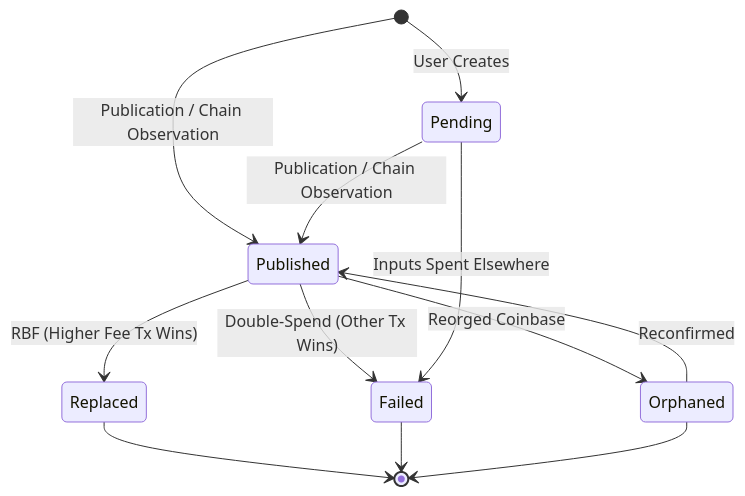
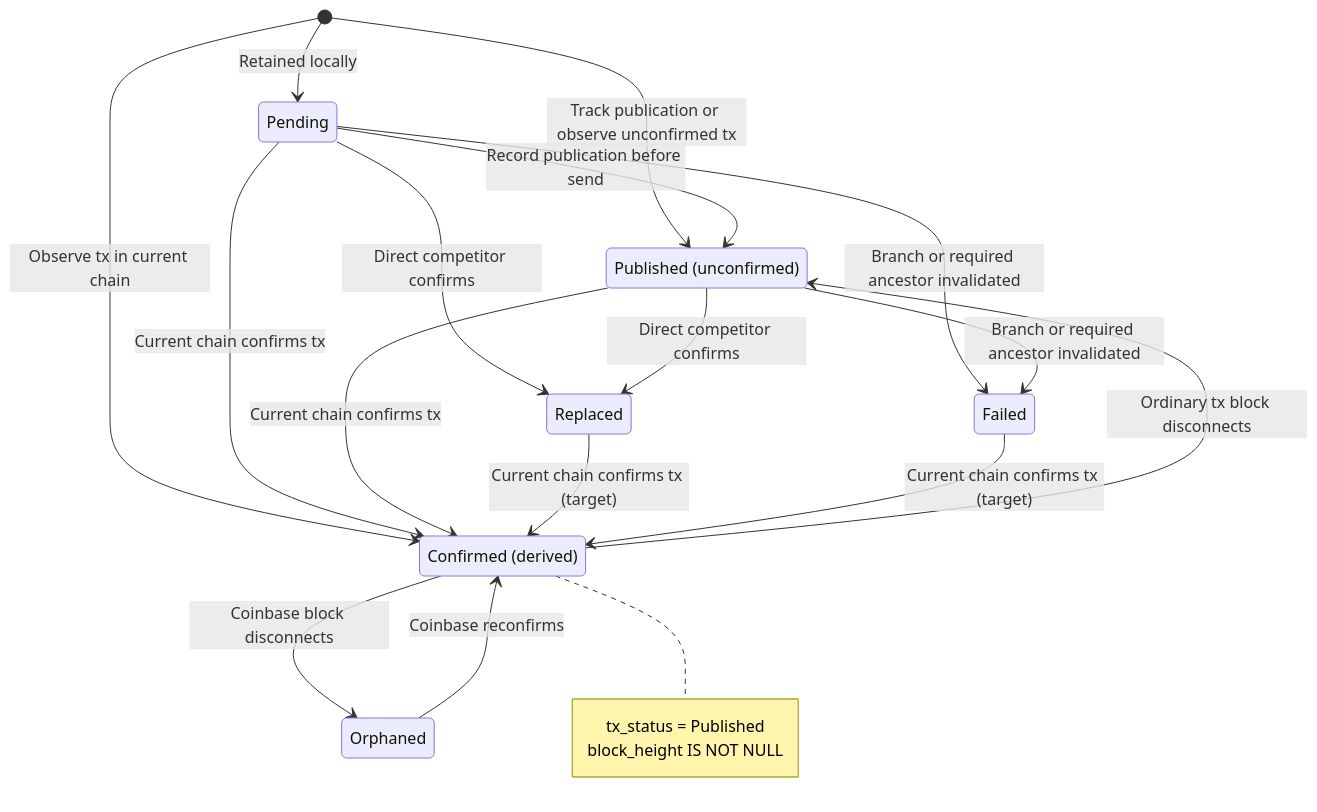
One commit to btcsuite/btcwallet changed the second of 6 diagrams in docs/developer/utxo_data_model.md. Above: the diagram before and after it, drawn with Mermaid. The commit also changed other lines of this file and 3 other files, not shown here.

````diff
--- a/docs/developer/utxo_data_model.md
+++ b/docs/developer/utxo_data_model.md
@@ -96,23 +131,26 @@
 ```mermaid
 stateDiagram-v2
-    [*] --> Pending : User Creates
-    [*] --> Published : Publication / Chain Observation
-    
-    %% Publication tracking begins before registration or sending can fail.
-    Pending --> Published : Publication / Chain Observation
-    
-    %% Confirmation is orthogonal (BlockHeight != NULL)
-    
-    Published --> Replaced : RBF (Higher Fee Tx Wins)
-    Published --> Failed : Double-Spend (Other Tx Wins)
-    Published --> Orphaned : Reorged Coinbase
-
-    Pending --> Failed : Inputs Spent Elsewhere
-
-    %% Coinbase can re-enter the best chain after a reorg.
-    Orphaned --> Published : Reconfirmed
-    
-    Replaced --> [*]
-    Failed --> [*]
-    Orphaned --> [*]
+    %% Split Published by block association without storing confirmation twice.
+    %% Invalid-history confirmation arrows expose required target recovery.
+    state "Published (unconfirmed)" as Published
+    state "Confirmed (derived)" as Confirmed
+    [*] --> Pending : Retained locally
+    [*] --> Published : Track publication or observe unconfirmed tx
+    [*] --> Confirmed : Observe tx in current chain
+    Pending --> Published : Record publication before send
+    Pending --> Confirmed : Current chain confirms tx
+    Published --> Confirmed : Current chain confirms tx
+    Replaced --> Confirmed : Current chain confirms tx (target)
+    Failed --> Confirmed : Current chain confirms tx (target)
+    Orphaned --> Confirmed : Coinbase reconfirms
+    Confirmed --> Published : Ordinary tx block disconnects
+    Confirmed --> Orphaned : Coinbase block disconnects
+    Pending --> Replaced : Direct competitor confirms
+    Published --> Replaced : Direct competitor confirms
+    Pending --> Failed : Branch or required ancestor invalidated
+    Published --> Failed : Branch or required ancestor invalidated
+    note right of Confirmed
+        tx_status = Published
+        block_height IS NOT NULL
+    end note
 ```
````
